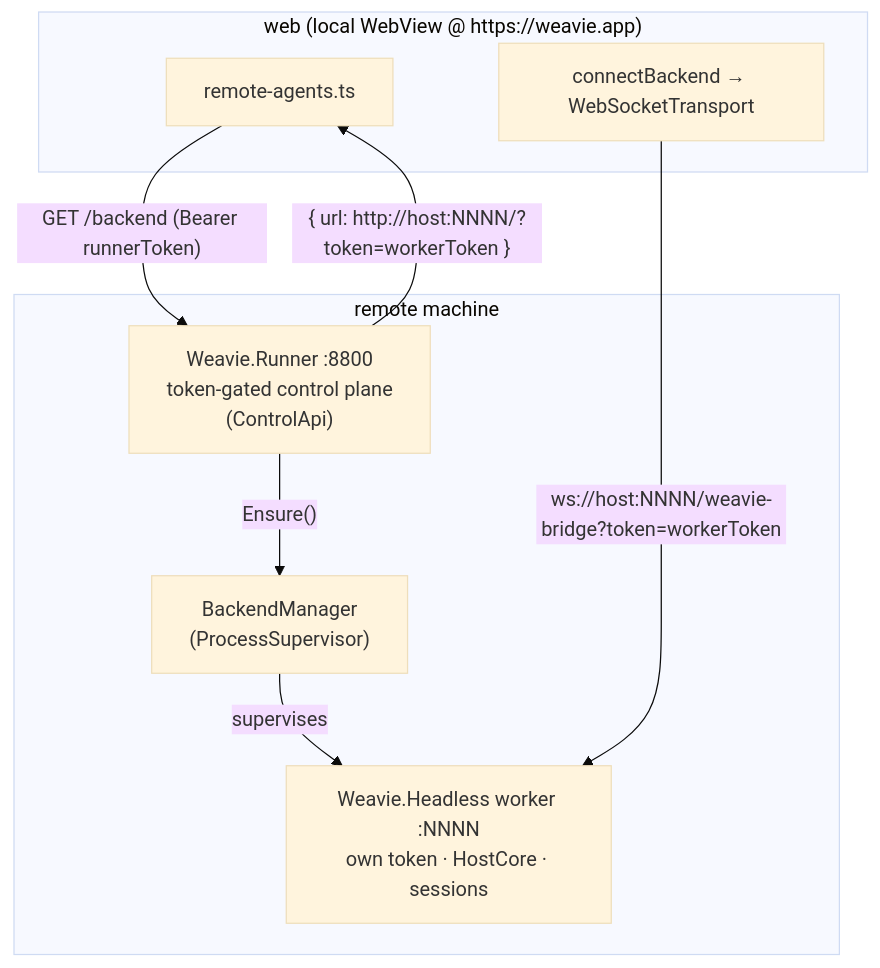
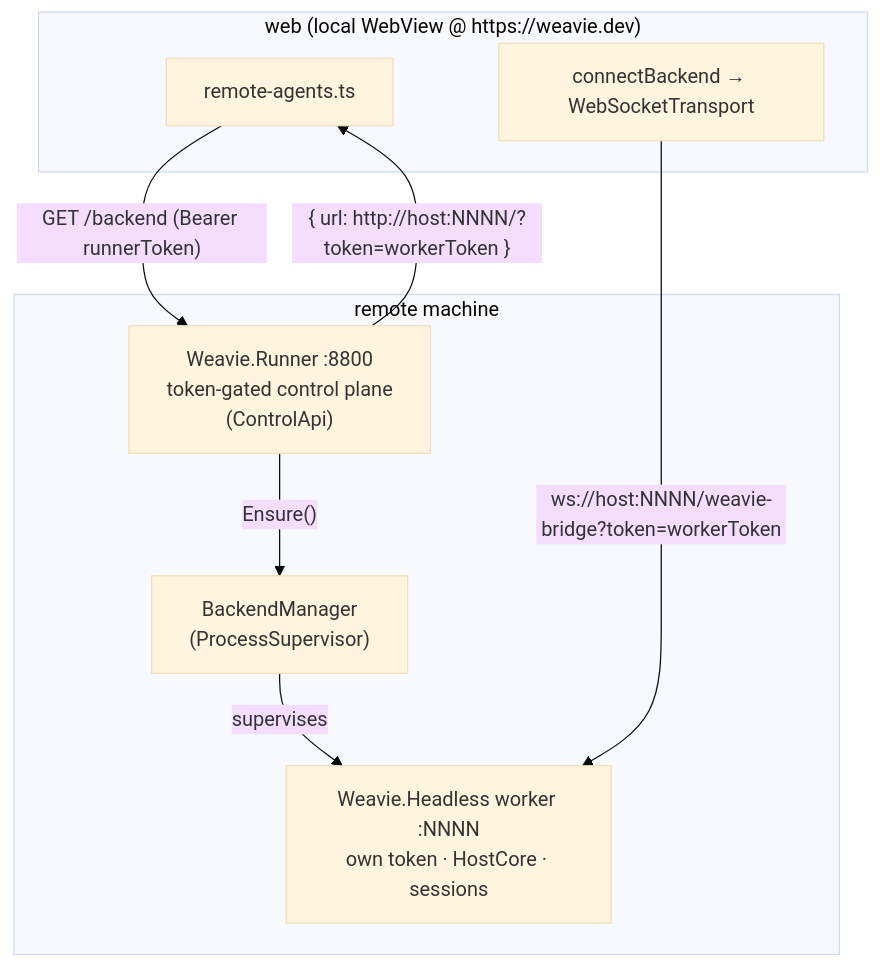
One commit to Kapps/weavie changed the sixth of 6 diagrams in docs/concepts/architecture-overview.md. Above: the diagram before and after it, drawn with Mermaid (base theme). The commit also changed other lines of this file and 26 other files, not shown here.

````diff
--- a/docs/concepts/architecture-overview.md
+++ b/docs/concepts/architecture-overview.md
@@ -243,18 +243,18 @@
 ```mermaid
 graph TB
-    subgraph web["web (local WebView @ https://weavie.app)"]
+    subgraph web["web (local WebView @ https://weavie.dev)"]
         RA["remote-agents.ts"]
         BK["connectBackend → WebSocketTransport"]
     end
     subgraph remote["remote machine"]
         RUN["Weavie.Runner :8800<br/>token-gated control plane<br/>(ControlApi)"]
         BM["BackendManager<br/>(ProcessSupervisor)"]
         WK["Weavie.Headless worker :NNNN<br/>own token · HostCore · sessions"]
     end
 
     RA -->|"GET /backend (Bearer runnerToken)"| RUN
     RUN -->|"Ensure()"| BM
     BM -->|"supervises"| WK
     RUN -->|"{ url: http://host:NNNN/?token=workerToken }"| RA
     BK -->|"ws://host:NNNN/weavie-bridge?token=workerToken"| WK
 ```
````
